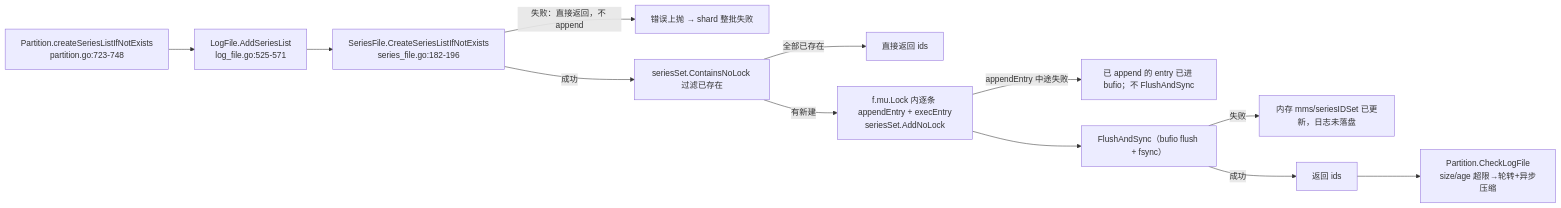
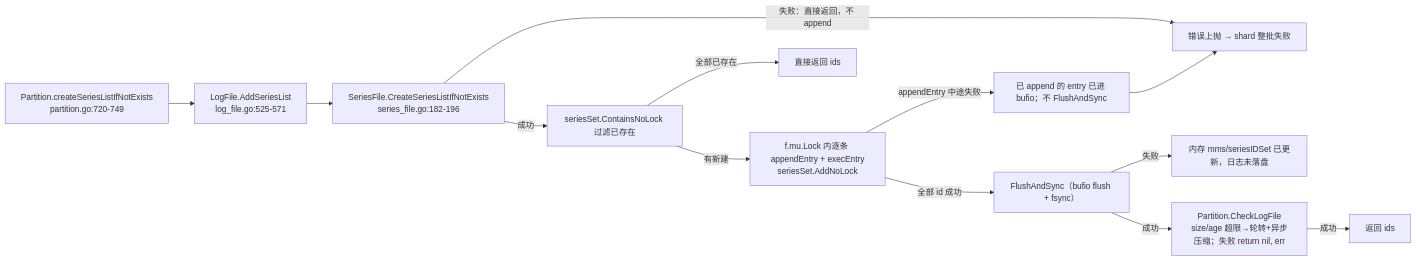
The sixth of 6 diagrams in docs/specs/v1.8.10-vs-v1.12.3/02_index_series_diff.md (stefanv5/influxdb), drawn with Mermaid before and after one commit. The commit also changed other lines of this file and 16 other files, not shown here.

````diff
--- a/docs/specs/v1.8.10-vs-v1.12.3/02_index_series_diff.md
+++ b/docs/specs/v1.8.10-vs-v1.12.3/02_index_series_diff.md
@@ -1040,14 +1070,15 @@
 ```mermaid
 flowchart LR
-    A["Partition.createSeriesListIfNotExists<br/>partition.go:723-748"] --> B["LogFile.AddSeriesList<br/>log_file.go:525-571"]
+    A["Partition.createSeriesListIfNotExists<br/>partition.go:720-749"] --> B["LogFile.AddSeriesList<br/>log_file.go:525-571"]
     B --> C["SeriesFile.CreateSeriesListIfNotExists<br/>series_file.go:182-196"]
     C -->|"失败：直接返回，不 append"| X["错误上抛 → shard 整批失败"]
     C -->|"成功"| D["seriesSet.ContainsNoLock 过滤已存在"]
     D -->|"全部已存在"| OK["直接返回 ids"]
     D -->|"有新建"| E["f.mu.Lock 内逐条 appendEntry + execEntry<br/>seriesSet.AddNoLock"]
     E -->|"appendEntry 中途失败"| F["已 append 的 entry 已进 bufio；不 FlushAndSync"]
-    E --> G["FlushAndSync（bufio flush + fsync）"]
+    F --> X
+    E -->|"全部 id 成功"| G["FlushAndSync（bufio flush + fsync）"]
     G -->|"失败"| H["内存 mms/seriesIDSet 已更新，日志未落盘"]
-    G -->|"成功"| I["返回 ids"]
-    I --> J["Partition.CheckLogFile<br/>size/age 超限→轮转+异步压缩"]
+    G -->|"成功"| J["Partition.CheckLogFile<br/>size/age 超限→轮转+异步压缩；失败 return nil, err"]
+    J -->|"成功"| I["返回 ids"]
 ```
````
